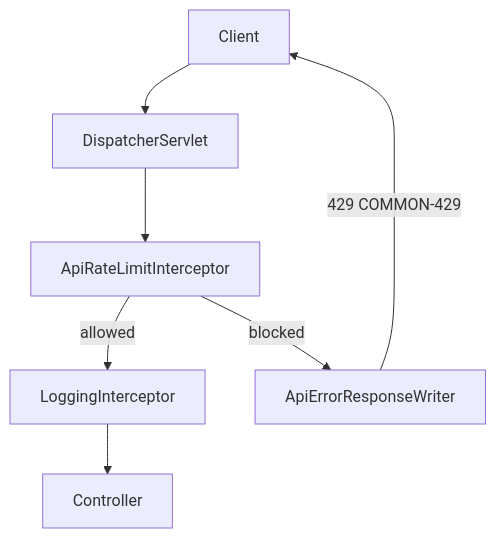
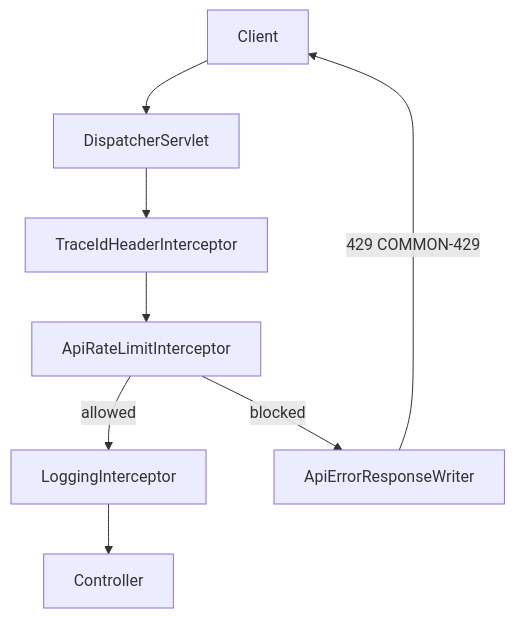
One commit to UMC-PRODUCT/umc-product-server changed the first of 4 diagrams in docs/onboarding/api-rate-limiter.md. Above: the diagram before and after it, drawn with Mermaid. The commit also changed other lines of this file and 14 other files, not shown here.

````diff
--- a/docs/onboarding/api-rate-limiter.md
+++ b/docs/onboarding/api-rate-limiter.md
@@ -23,16 +29,18 @@
 ```mermaid
 flowchart TB
     Client["Client"]
     Dispatcher["DispatcherServlet"]
+    TraceId["TraceIdHeaderInterceptor"]
     Logging["LoggingInterceptor"]
     RateLimit["ApiRateLimitInterceptor"]
     Controller["Controller"]
     ErrorWriter["ApiErrorResponseWriter"]
 
     Client --> Dispatcher
-    Dispatcher --> RateLimit
+    Dispatcher --> TraceId
+    TraceId --> RateLimit
     RateLimit -->|"allowed"| Logging
     Logging --> Controller
     RateLimit -->|"blocked"| ErrorWriter
     ErrorWriter -->|"429 COMMON-429"| Client
 ```
````
